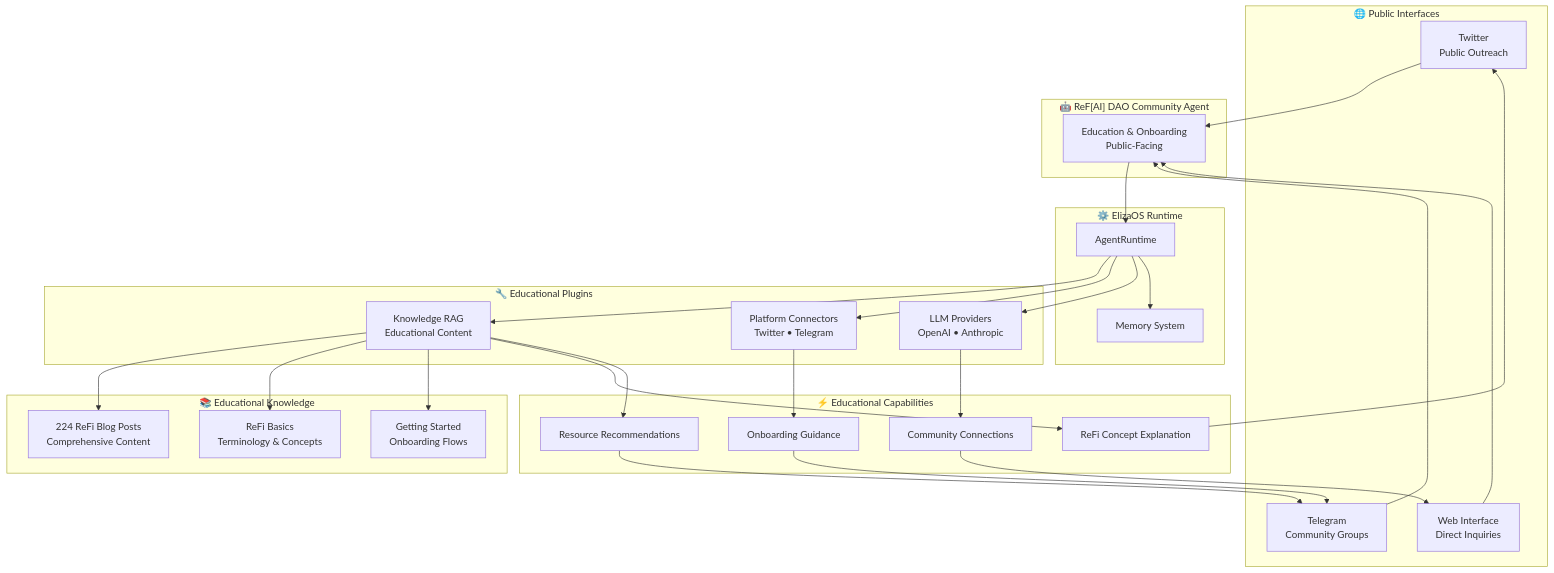
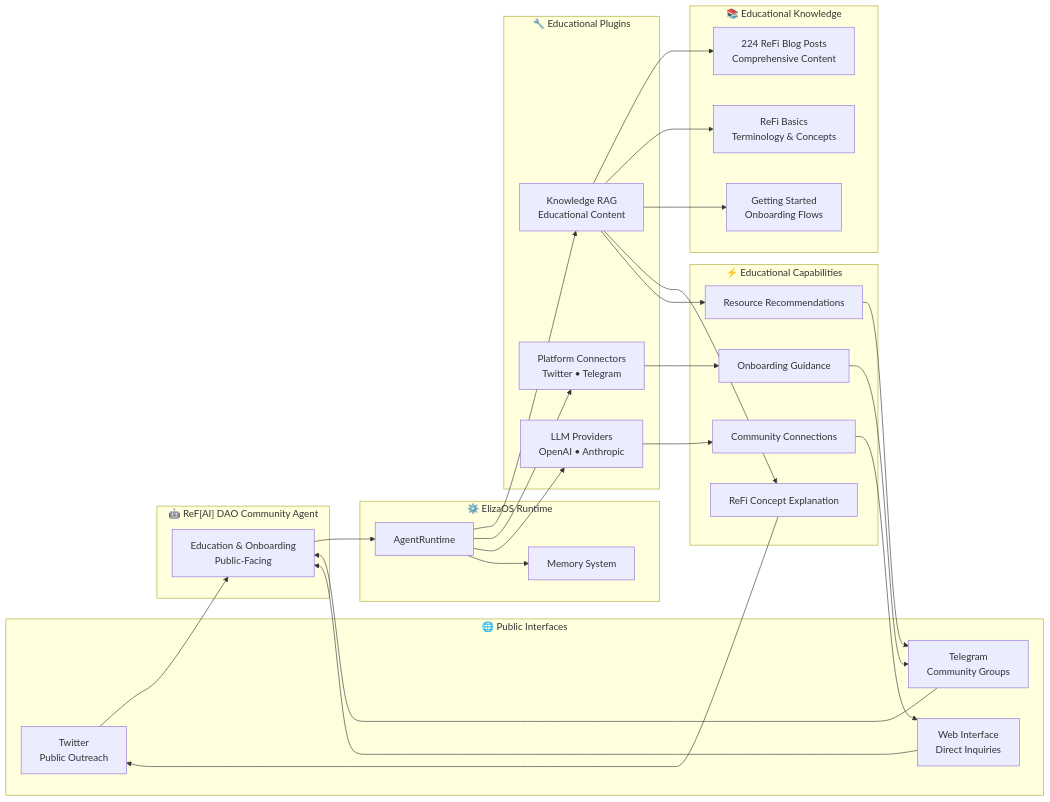
The second of 4 diagrams in README.md (ReFiDAO/regen_eliza-refi_dao), drawn with Mermaid before and after one commit. The commit also changed other lines of this file, not shown here.

First line of the commit message:
fix: Fix Mermaid rendering and change diagram orientation

````diff
--- a/README.md
+++ b/README.md
@@ -114,67 +114,67 @@
 ```mermaid
-graph TB
+graph LR
     %% External Interfaces - Public Focus
     subgraph "🌐 Public Interfaces"
-        PUB1[Twitter<br/>Public Outreach]
-        PUB2[Telegram<br/>Community Groups]
-        PUB3[Web Interface<br/>Direct Inquiries]
+        PUB1["Twitter<br/>Public Outreach"]
+        PUB2["Telegram<br/>Community Groups"]
+        PUB3["Web Interface<br/>Direct Inquiries"]
     end
     
     %% ReF[AI] DAO Community Agent
     subgraph "🤖 ReF[AI] DAO Community Agent"
-        CA[Education & Onboarding<br/>Public-Facing]
+        CA["Education & Onboarding<br/>Public-Facing"]
     end
     
     %% ElizaOS Runtime
     subgraph "⚙️ ElizaOS Runtime"
-        RT1[AgentRuntime]
-        MEM1[Memory System]
+        RT1["AgentRuntime"]
+        MEM1["Memory System"]
     end
     
     %% Educational Plugins
     subgraph "🔧 Educational Plugins"
-        PLG1[Knowledge RAG<br/>Educational Content]
-        PLG2[Platform Connectors<br/>Twitter • Telegram]
-        PLG3[LLM Providers<br/>OpenAI • Anthropic]
+        PLG1["Knowledge RAG<br/>Educational Content"]
+        PLG2["Platform Connectors<br/>Twitter • Telegram"]
+        PLG3["LLM Providers<br/>OpenAI • Anthropic"]
     end
     
     %% Educational Capabilities
     subgraph "⚡ Educational Capabilities"
-        CAP1[ReFi Concept Explanation]
-        CAP2[Onboarding Guidance]
-        CAP3[Community Connections]
-        CAP4[Resource Recommendations]
+        CAP1["ReFi Concept Explanation"]
+        CAP2["Onboarding Guidance"]
+        CAP3["Community Connections"]
+        CAP4["Resource Recommendations"]
     end
     
     %% Educational Knowledge
     subgraph "📚 Educational Knowledge"
-        KB1[224 ReFi Blog Posts<br/>Comprehensive Content]
-        KB2[ReFi Basics<br/>Terminology & Concepts]
-        KB3[Getting Started<br/>Onboarding Flows]
+        KB1["224 ReFi Blog Posts<br/>Comprehensive Content"]
+        KB2["ReFi Basics<br/>Terminology & Concepts"]
+        KB3["Getting Started<br/>Onboarding Flows"]
     end
     
     %% Data Flow
     PUB1 --> CA
     PUB2 --> CA
     PUB3 --> CA
     
     CA --> RT1
     RT1 --> PLG1
     RT1 --> PLG2
     RT1 --> PLG3
     RT1 --> MEM1
     
     PLG1 --> KB1
     PLG1 --> KB2
     PLG1 --> KB3
     
     PLG1 --> CAP1
     PLG2 --> CAP2
     PLG3 --> CAP3
     PLG1 --> CAP4
     
     CAP1 --> PUB1
     CAP2 --> PUB2
     CAP3 --> PUB3
     CAP4 --> PUB2
 ```
````
